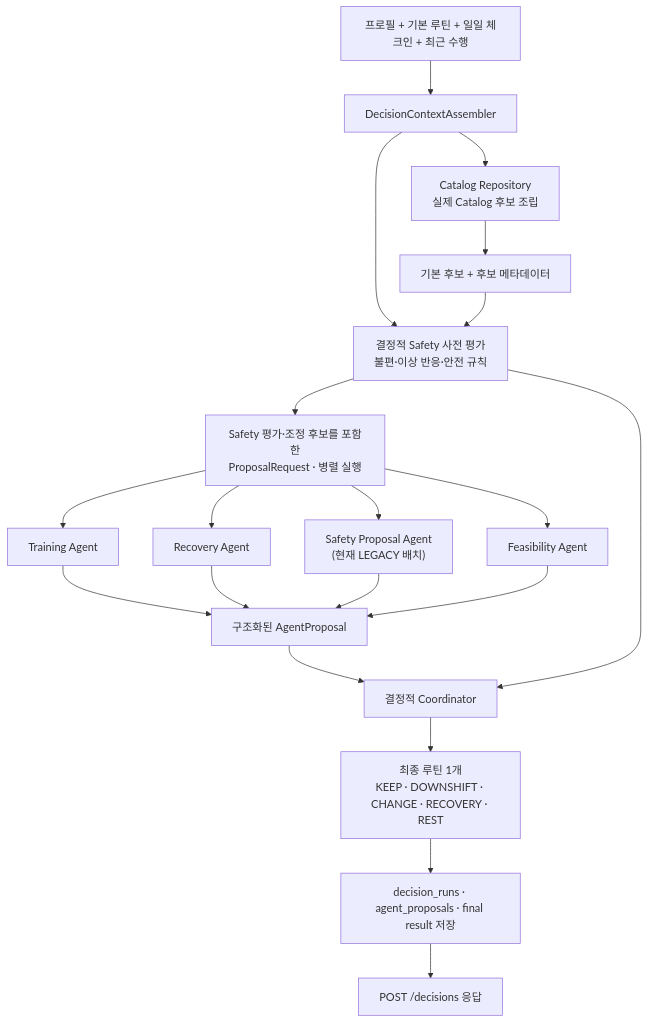
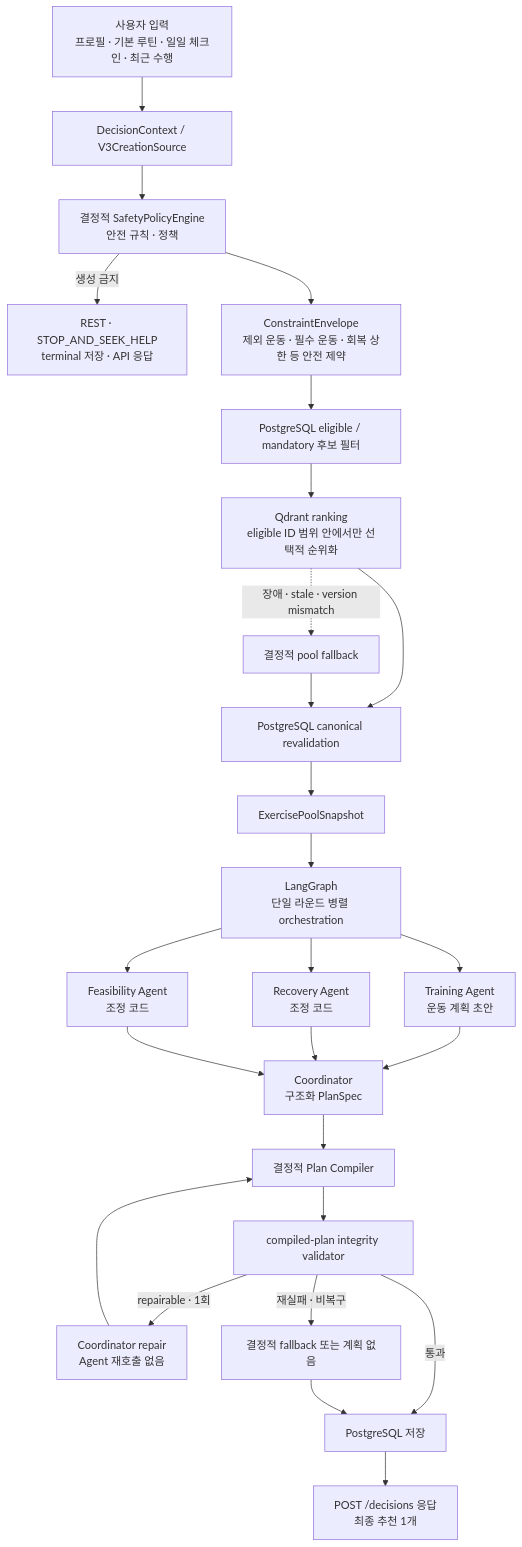
One commit to SKNETWORKS-FAMILY-AICAMP/SKN30-FINAL-5Team changed the second of 2 diagrams in README.md. Above: the diagram before and after it, drawn with Mermaid. The commit also changed other lines of this file, not shown here.

Commit message:
docs(readme): align safety-first architecture

````diff
--- a/README.md
+++ b/README.md
@@ -80,22 +78,28 @@
 ```mermaid
 flowchart TB
-  INPUT["프로필 + 기본 루틴 + 일일 체크인 + 최근 수행"] --> CTX["DecisionContextAssembler"]
-  CTX --> CATALOG["Catalog Repository<br/>실제 Catalog 후보 조립"]
-  CATALOG --> CANDIDATES["기본 후보 + 후보 메타데이터"]
-  CTX --> SAFETY_PRE["결정적 Safety 사전 평가<br/>불편·이상 반응·안전 규칙"]
-  CANDIDATES --> SAFETY_PRE
-  SAFETY_PRE --> RUNNER["Safety 평가·조정 후보를 포함한<br/>ProposalRequest · 병렬 실행"]
-  RUNNER --> TRAINING["Training Agent"]
-  RUNNER --> RECOVERY["Recovery Agent"]
-  RUNNER --> SAFETY["Safety Proposal Agent<br/>(현재 LEGACY 배치)"]
-  RUNNER --> FEASIBILITY["Feasibility Agent"]
-  TRAINING --> PROPOSALS["구조화된 AgentProposal"]
-  RECOVERY --> PROPOSALS
-  SAFETY --> PROPOSALS
-  FEASIBILITY --> PROPOSALS
-  PROPOSALS --> COORD["결정적 Coordinator"]
-  SAFETY_PRE --> COORD
-  COORD --> FINAL["최종 루틴 1개<br/>KEEP · DOWNSHIFT · CHANGE · RECOVERY · REST"]
-  FINAL --> STORE["decision_runs · agent_proposals · final result 저장"]
-  STORE --> RESPONSE["POST /decisions 응답"]
+  INPUT["사용자 입력<br/>프로필 · 기본 루틴 · 일일 체크인 · 최근 수행"] --> CTX["DecisionContext / V3CreationSource"]
+  CTX --> SAFETY["결정적 SafetyPolicyEngine<br/>안전 규칙 · 정책"]
+    SAFETY -->|"생성 금지"| TERMINAL["REST · STOP_AND_SEEK_HELP<br/>terminal 저장 · API 응답"]
+  SAFETY --> ENVELOPE["ConstraintEnvelope<br/>제외 운동 · 필수 운동 · 회복 상한 등 안전 제약"]
+  ENVELOPE --> ELIGIBLE["PostgreSQL eligible / mandatory 후보 필터"]
+  ELIGIBLE --> RANK["Qdrant ranking<br/>eligible ID 범위 안에서만 선택적 순위화"]
+  RANK --> REVALIDATE["PostgreSQL canonical revalidation"]
+  RANK -. "장애 · stale · version mismatch" .-> FALLBACK["결정적 pool fallback"]
+  FALLBACK --> REVALIDATE
+  REVALIDATE --> SNAPSHOT["ExercisePoolSnapshot"]
+  SNAPSHOT --> GRAPH["LangGraph<br/>단일 라운드 병렬 orchestration"]
+  GRAPH --> TRAINING["Training Agent<br/>운동 계획 초안"]
+  GRAPH --> RECOVERY["Recovery Agent<br/>조정 코드"]
+  GRAPH --> FEASIBILITY["Feasibility Agent<br/>조정 코드"]
+  TRAINING --> COORD["Coordinator<br/>구조화 PlanSpec"]
+  RECOVERY --> COORD
+  FEASIBILITY --> COORD
+  COORD --> COMPILE["결정적 Plan Compiler"]
+  COMPILE --> VALIDATE["compiled-plan integrity validator"]
+  VALIDATE -->|"통과"| PERSIST["PostgreSQL 저장"]
+  PERSIST --> RESPONSE["POST /decisions 응답<br/>최종 추천 1개"]
+    VALIDATE -->|"repairable · 1회"| REPAIR["Coordinator repair<br/>Agent 재호출 없음"]
+    REPAIR --> COMPILE
+  VALIDATE -->|"재실패 · 비복구"| FINAL_FALLBACK["결정적 fallback 또는 계획 없음"]
+  FINAL_FALLBACK --> PERSIST
 ```
````
